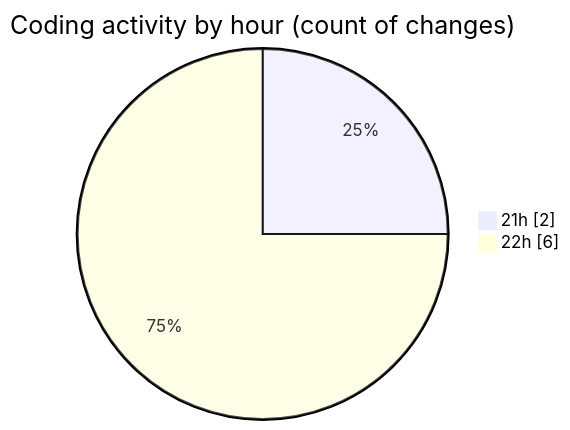
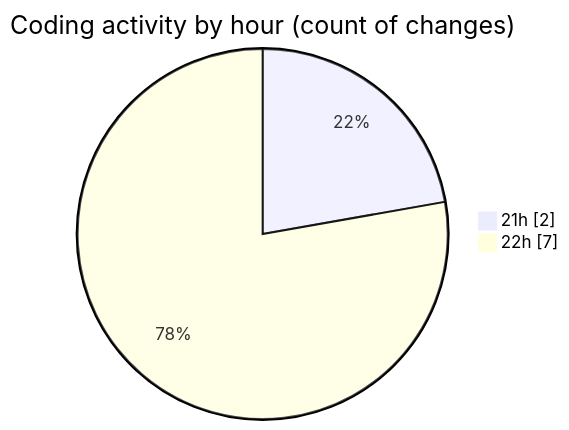
One commit to EIIisD/code-tracking changed the second of 2 diagrams in 2025-08-17/claudecraft/README.md. Above: the diagram before and after it, drawn with Mermaid. The commit also changed other lines of this file and 1 other file, not shown here.

````diff
--- a/2025-08-17/claudecraft/README.md
+++ b/2025-08-17/claudecraft/README.md
@@ -34,6 +36,6 @@
 ```mermaid
 pie showData
 title Coding activity by hour (count of changes)
 "21h" : 2
-"22h" : 6
+"22h" : 7
 ```
````
